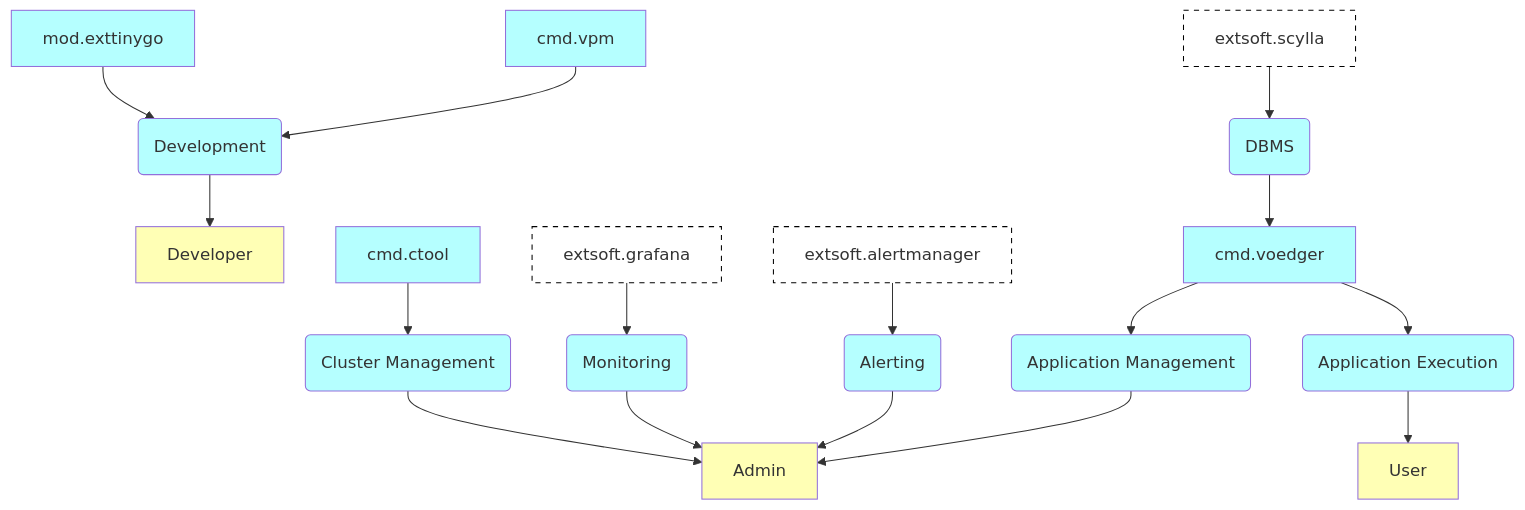
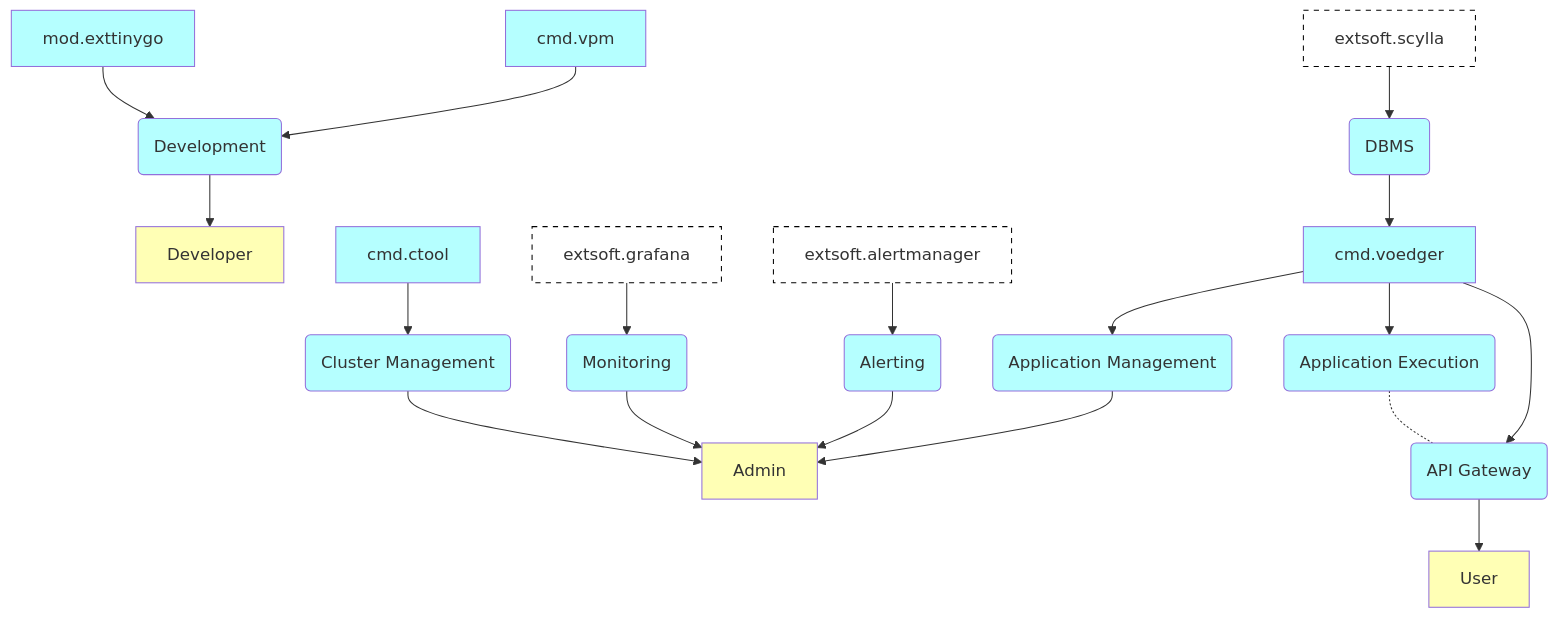
Before and after one commit to voedger/voedger: the second of 14 diagrams in design/README.md, drawn with Mermaid.

````diff
--- a/design/README.md
+++ b/design/README.md
@@ -76,56 +76,60 @@
 ```mermaid
   graph TD
 
   %% Entities ====================
 
   Admin[Admin]:::B
   Developer[Developer]:::B
   User[User]:::B
 
   mod.exttinygo:::S
   cmd.vpm:::S
   cmd.voedger:::S
   cmd.ctool:::S  
   grafana[extsoft.grafana]:::G
   alertmanager[extsoft.alertmanager]:::G
   scylla[extsoft.scylla]:::G
 
   DBMS(DBMS):::S
   Development(Development):::S
 
   ClusterMgmt(Cluster Management):::S
   AppMgmt(Application Management):::S
   Monitoring(Monitoring):::S
   Alerting(Alerting):::S
   RunApp(Application Execution):::S
+  APIGateway(API Gateway):::S
 
   %% Relations ====================
 
   scylla --> DBMS
   DBMS --> cmd.voedger
 
   mod.exttinygo --> Development
   cmd.vpm --> Development
   Development --> Developer
 
   cmd.ctool --> ClusterMgmt
   ClusterMgmt --> Admin
 
 
   grafana --> Monitoring
   alertmanager --> Alerting
   Monitoring --> Admin
   Alerting --> Admin
 
   cmd.voedger --> AppMgmt
   AppMgmt --> Admin
 
   cmd.voedger --> RunApp
-  RunApp --> User
+  RunApp -.- APIGateway
+
+  cmd.voedger --> APIGateway
+  APIGateway --> User
 
 
   classDef B fill:#FFFFB5
   classDef S fill:#B5FFFF
   classDef H fill:#C9E7B7
   classDef G fill:#FFFFFF,stroke:#000000, stroke-width:1px, stroke-dasharray: 5 5
 ```
````
